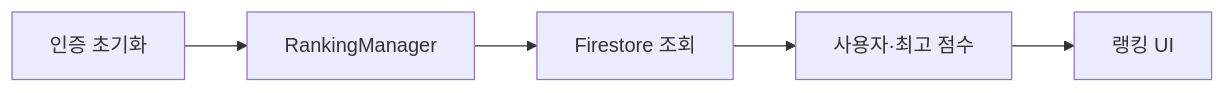
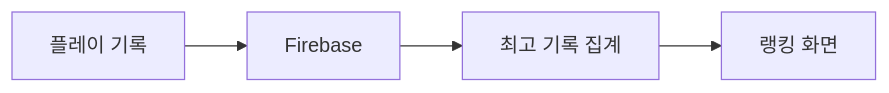
Before and after one commit to Searabbit11/portfolio: the first of 2 diagrams in src/4-ar-room/기술문서.md, drawn with Mermaid. The commit also changed other lines of this file and 2 other files, not shown here.

````diff
--- a/src/4-ar-room/기술문서.md
+++ b/src/4-ar-room/기술문서.md
@@ -32,7 +32,6 @@
 ```mermaid
 flowchart LR
-    A["인증 초기화"] --> R["RankingManager"]
-    R --> F["Firestore 조회"]
-    F --> D["사용자·최고 점수"]
-    D --> U["랭킹 UI"]
+    A["플레이 기록"] --> F["Firebase"]
+    F --> D["최고 기록 집계"]
+    D --> U["랭킹 화면"]
 ```
````
